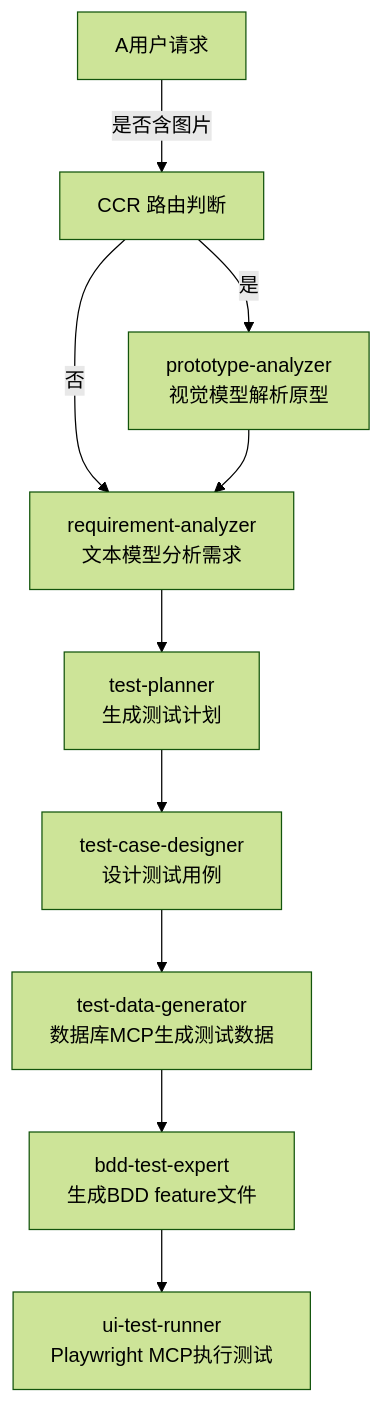
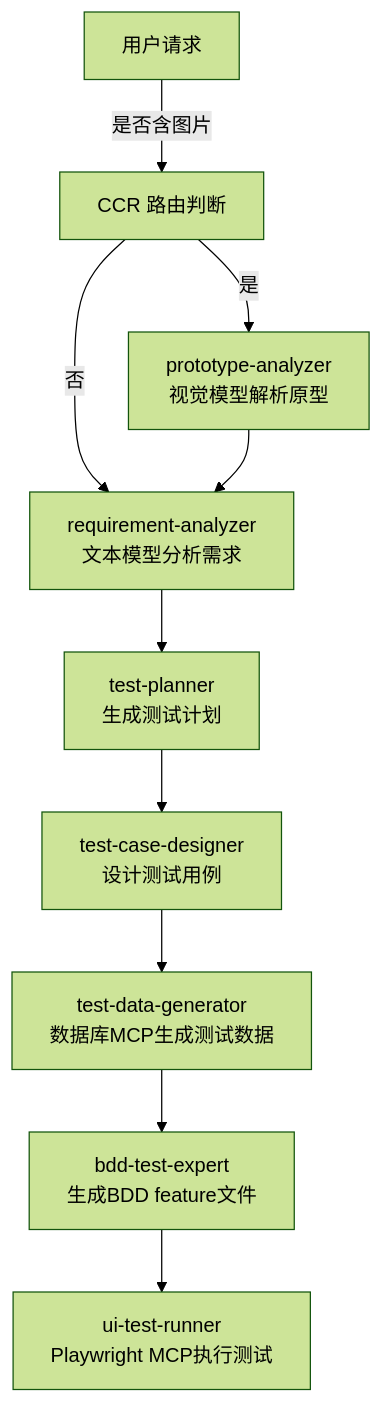
The diagram in .claude/agents/README.md (SuperOuxx/claude-code-router-ui), drawn with Mermaid (forest theme) before and after one commit. The commit also changed other lines of this file and 3 other files, not shown here.

````diff
--- a/.claude/agents/README.md
+++ b/.claude/agents/README.md
@@ -7,12 +7,12 @@
 ```mermaid
 graph TD
-    A用户请求 -->|是否含图片| B[CCR 路由判断]
+    A[用户请求] -->|是否含图片| B[CCR 路由判断]
     B -->|是| C[prototype-analyzer<br/>视觉模型解析原型]
     B -->|否| D[requirement-analyzer<br/>文本模型分析需求]
     C --> D
     D --> E[test-planner<br/>生成测试计划]
     E --> F[test-case-designer<br/>设计测试用例]
     F --> G[test-data-generator<br/>数据库MCP生成测试数据]
     G --> H[bdd-test-expert<br/>生成BDD feature文件]
     H --> I[ui-test-runner<br/>Playwright MCP执行测试]
 ```
````
